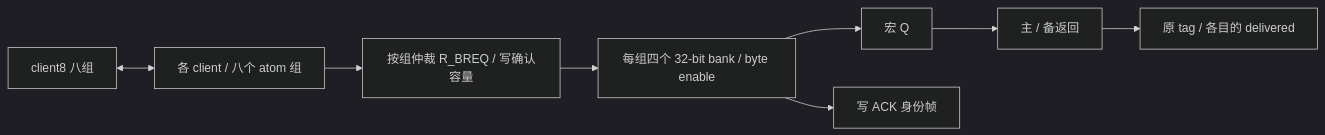
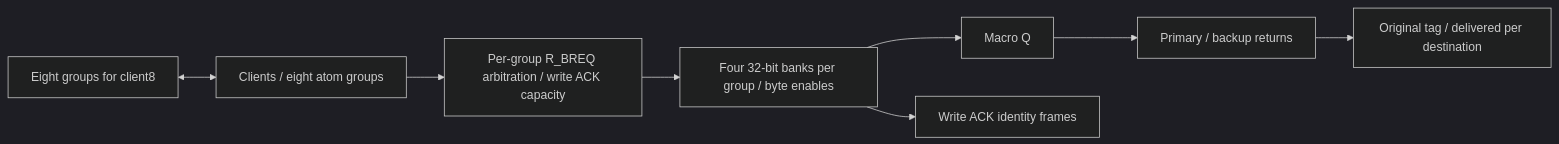
Before and after one commit to yuhin777/Allegro: the diagram in doc/rtl_specs/smem/blackwell_smem_fabric.md, drawn with Mermaid (dark theme). The commit also changed other lines of this file and 45 other files, not shown here.

````diff
--- a/doc/rtl_specs/smem/blackwell_smem_fabric.md
+++ b/doc/rtl_specs/smem/blackwell_smem_fabric.md
@@ -16,9 +16,9 @@
 ```mermaid
 flowchart LR
- CL[各 client / 八个 atom 组] --> ARB[按组仲裁 R_BREQ / 写确认容量]
- ARB --> BANK[每组四个 32-bit bank / byte enable]
- BANK --> Q[宏 Q] --> RET[主 / 备返回]
- RET --> DST[原 tag / 各目的 delivered]
- BANK --> ACK[写 ACK 身份帧]
- TMA[client8 八组] <--> CL
+ CL["Clients / eight atom groups"] --> ARB["Per-group R_BREQ arbitration / write ACK capacity"]
+ ARB --> BANK["Four 32-bit banks per group / byte enables"]
+ BANK --> Q["Macro Q"] --> RET["Primary / backup returns"]
+ RET --> DST["Original tag / delivered per destination"]
+ BANK --> ACK["Write ACK identity frames"]
+ TMA["Eight groups for client8"] <--> CL
 ```
````
